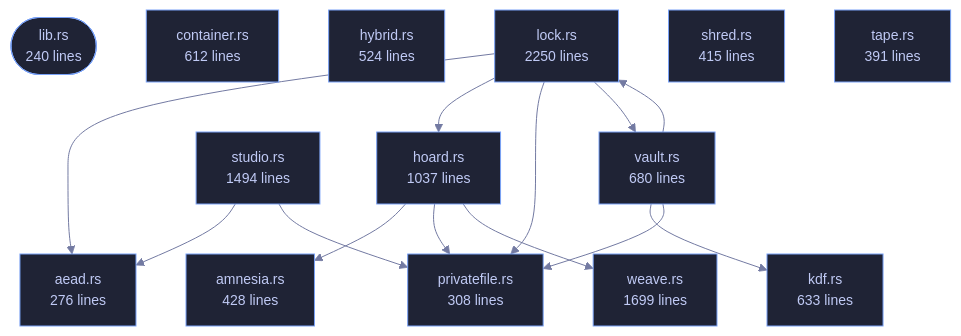
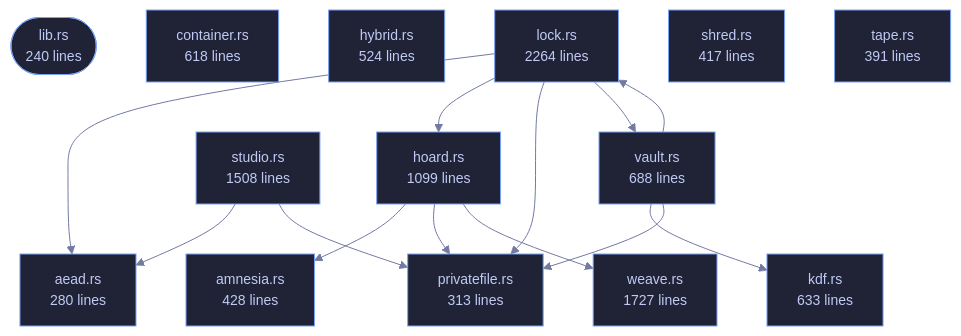
The diagram in wiki/Crate-veilvoice-crypto.md (tilas01/veilvoice), drawn with Mermaid before and after one commit. The commit also changed other lines of this file and 528 other files, not shown here.

````diff
--- a/wiki/Crate-veilvoice-crypto.md
+++ b/wiki/Crate-veilvoice-crypto.md
@@ -95,44 +95,44 @@
 ```mermaid
 %%{init: {"theme":"base","themeVariables":{"background":"#1a1b26","primaryColor":"#1f2335","primaryTextColor":"#c0caf5","primaryBorderColor":"#7aa2f7","secondaryColor":"#16161e","tertiaryColor":"#16161e","lineColor":"#737aa2","textColor":"#c0caf5","mainBkg":"#1f2335","nodeBorder":"#7aa2f7","clusterBkg":"#16161e","clusterBorder":"#2f3549","fontFamily":"ui-monospace, SFMono-Regular, Consolas, monospace","fontSize":"14px"}}}%%
 flowchart TD
     n_lib(["lib.rs<br/>240 lines"])
-    n_aead["aead.rs<br/>276 lines"]
+    n_aead["aead.rs<br/>280 lines"]
     n_amnesia["amnesia.rs<br/>428 lines"]
-    n_container["container.rs<br/>612 lines"]
-    n_hoard["hoard.rs<br/>1037 lines"]
+    n_container["container.rs<br/>618 lines"]
+    n_hoard["hoard.rs<br/>1099 lines"]
     n_hybrid["hybrid.rs<br/>524 lines"]
     n_kdf["kdf.rs<br/>633 lines"]
-    n_lock["lock.rs<br/>2250 lines"]
-    n_privatefile["privatefile.rs<br/>308 lines"]
-    n_shred["shred.rs<br/>415 lines"]
-    n_studio["studio.rs<br/>1494 lines"]
+    n_lock["lock.rs<br/>2264 lines"]
+    n_privatefile["privatefile.rs<br/>313 lines"]
+    n_shred["shred.rs<br/>417 lines"]
+    n_studio["studio.rs<br/>1508 lines"]
     n_tape["tape.rs<br/>391 lines"]
-    n_vault["vault.rs<br/>680 lines"]
-    n_weave["weave.rs<br/>1699 lines"]
+    n_vault["vault.rs<br/>688 lines"]
+    n_weave["weave.rs<br/>1727 lines"]
     n_hoard --> n_amnesia
     n_hoard --> n_privatefile
     n_hoard --> n_weave
     n_lock --> n_aead
     n_lock --> n_hoard
     n_lock --> n_privatefile
     n_lock --> n_vault
     n_studio --> n_aead
     n_studio --> n_privatefile
     n_vault --> n_kdf
     n_vault --> n_lock
     n_vault --> n_privatefile
     click n_lib href "https://github.com/tilas01/veilvoice/blob/main/crates/veilvoice-crypto/src/lib.rs" "open the source"
     click n_aead href "https://github.com/tilas01/veilvoice/blob/main/crates/veilvoice-crypto/src/aead.rs" "open the source"
     click n_amnesia href "https://github.com/tilas01/veilvoice/blob/main/crates/veilvoice-crypto/src/amnesia.rs" "open the source"
     click n_container href "https://github.com/tilas01/veilvoice/blob/main/crates/veilvoice-crypto/src/container.rs" "open the source"
     click n_hoard href "https://github.com/tilas01/veilvoice/blob/main/crates/veilvoice-crypto/src/hoard.rs" "open the source"
     click n_hybrid href "https://github.com/tilas01/veilvoice/blob/main/crates/veilvoice-crypto/src/hybrid.rs" "open the source"
     click n_kdf href "https://github.com/tilas01/veilvoice/blob/main/crates/veilvoice-crypto/src/kdf.rs" "open the source"
     click n_lock href "https://github.com/tilas01/veilvoice/blob/main/crates/veilvoice-crypto/src/lock.rs" "open the source"
     click n_privatefile href "https://github.com/tilas01/veilvoice/blob/main/crates/veilvoice-crypto/src/privatefile.rs" "open the source"
     click n_shred href "https://github.com/tilas01/veilvoice/blob/main/crates/veilvoice-crypto/src/shred.rs" "open the source"
     click n_studio href "https://github.com/tilas01/veilvoice/blob/main/crates/veilvoice-crypto/src/studio.rs" "open the source"
     click n_tape href "https://github.com/tilas01/veilvoice/blob/main/crates/veilvoice-crypto/src/tape.rs" "open the source"
     click n_vault href "https://github.com/tilas01/veilvoice/blob/main/crates/veilvoice-crypto/src/vault.rs" "open the source"
     click n_weave href "https://github.com/tilas01/veilvoice/blob/main/crates/veilvoice-crypto/src/weave.rs" "open the source"
 ```
````
